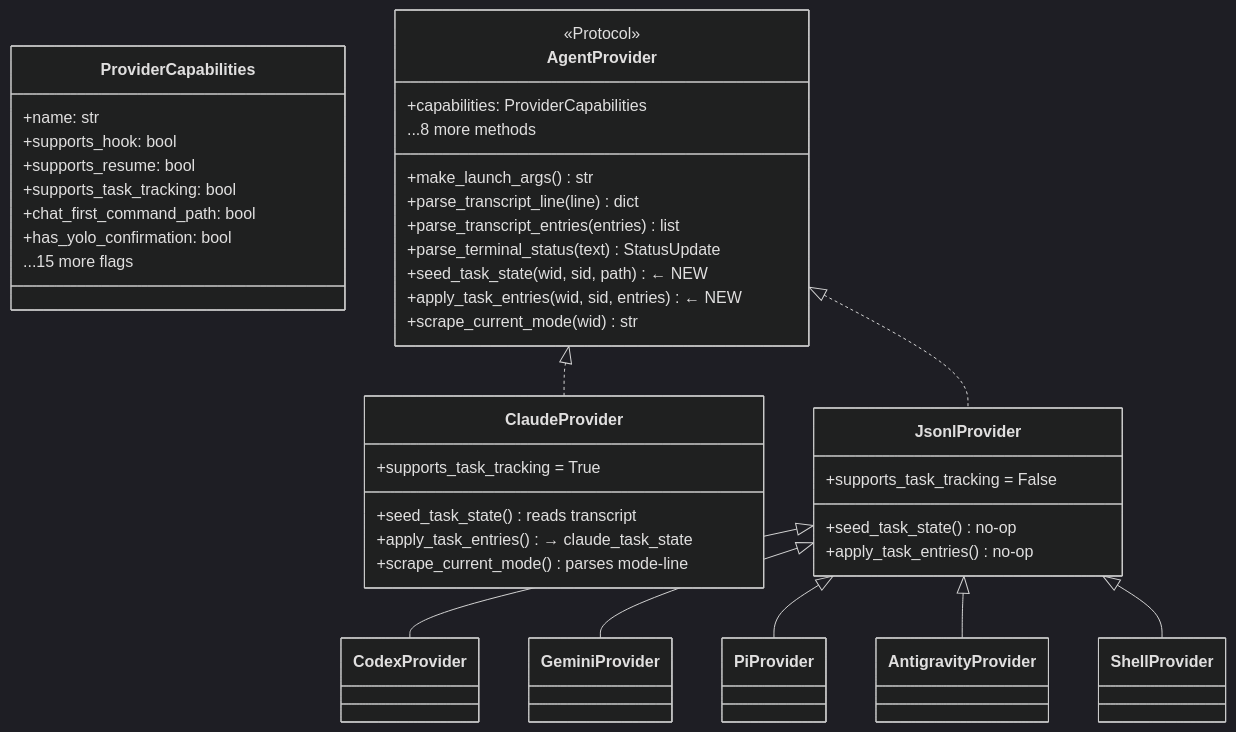
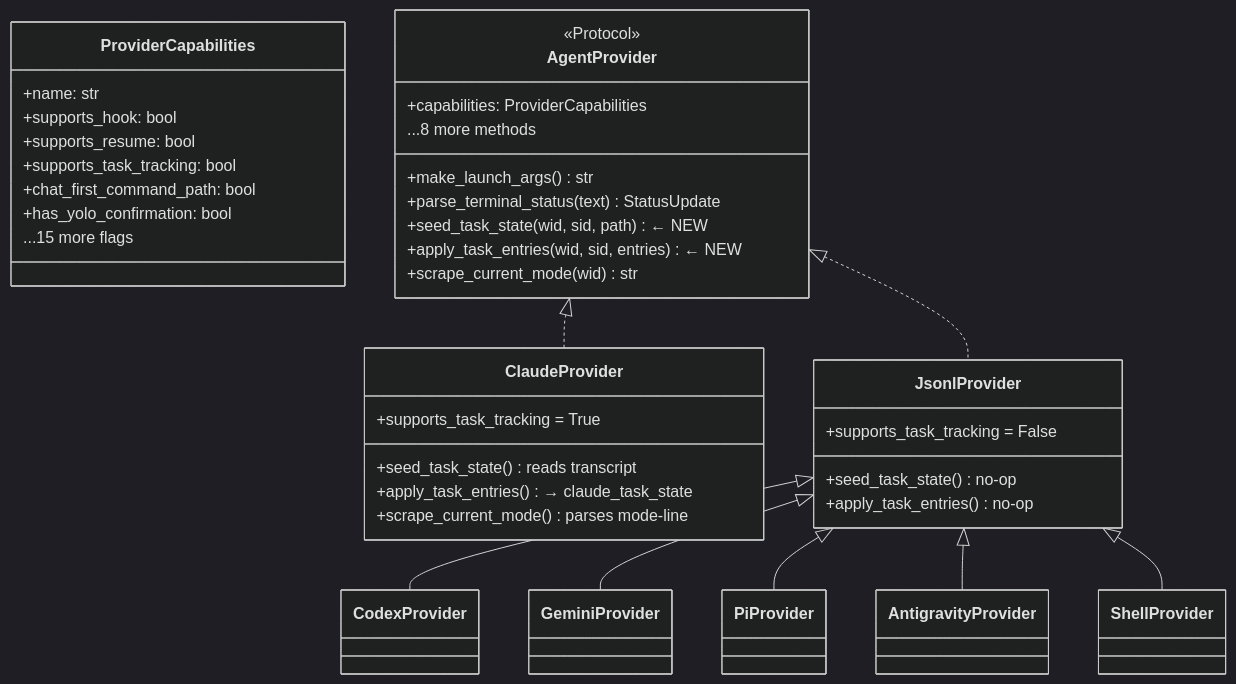
Before and after one commit to Exzentttt/ccgram: the fourth of 8 diagrams in docs/architecture.md, drawn with Mermaid (dark theme). The commit also changed other lines of this file and 142 other files, not shown here.

````diff
--- a/docs/architecture.md
+++ b/docs/architecture.md
@@ -183,52 +110,50 @@
 ```mermaid
 classDiagram
     class ProviderCapabilities {
         +name: str
         +supports_hook: bool
         +supports_resume: bool
         +supports_task_tracking: bool
         +chat_first_command_path: bool
         +has_yolo_confirmation: bool
         ...15 more flags
     }
 
     class AgentProvider {
         <<Protocol>>
         +capabilities: ProviderCapabilities
         +make_launch_args() str
-        +parse_transcript_line(line) dict
-        +parse_transcript_entries(entries) list
         +parse_terminal_status(text) StatusUpdate
         +seed_task_state(wid, sid, path) ← NEW
         +apply_task_entries(wid, sid, entries) ← NEW
         +scrape_current_mode(wid) str
         ...8 more methods
     }
 
     class ClaudeProvider {
         +supports_task_tracking = True
         +seed_task_state() reads transcript
         +apply_task_entries() → claude_task_state
         +scrape_current_mode() parses mode-line
     }
 
     class JsonlProvider {
         +supports_task_tracking = False
         +seed_task_state() no-op
         +apply_task_entries() no-op
     }
 
     class CodexProvider
     class GeminiProvider
     class PiProvider
     class AntigravityProvider
     class ShellProvider
 
     AgentProvider <|.. ClaudeProvider
     AgentProvider <|.. JsonlProvider
     JsonlProvider <|-- CodexProvider
     JsonlProvider <|-- GeminiProvider
     JsonlProvider <|-- PiProvider
     JsonlProvider <|-- AntigravityProvider
     JsonlProvider <|-- ShellProvider
 ```
````
